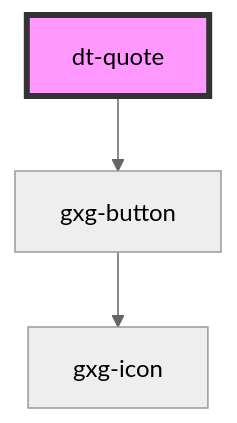
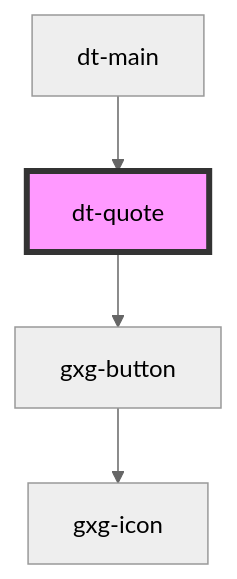
The diagram in src/components/quote/readme.md (genexuslabs/design-tokens-editor), drawn with Mermaid (neutral theme) before and after one commit. The commit also changed other lines of this file and 8 other files, not shown here.

````diff
--- a/src/components/quote/readme.md
+++ b/src/components/quote/readme.md
@@ -34,6 +37,7 @@
 ```mermaid
 graph TD;
   dt-quote --> gxg-button
   gxg-button --> gxg-icon
+  dt-main --> dt-quote
   style dt-quote fill:#f9f,stroke:#333,stroke-width:4px
 ```
````
